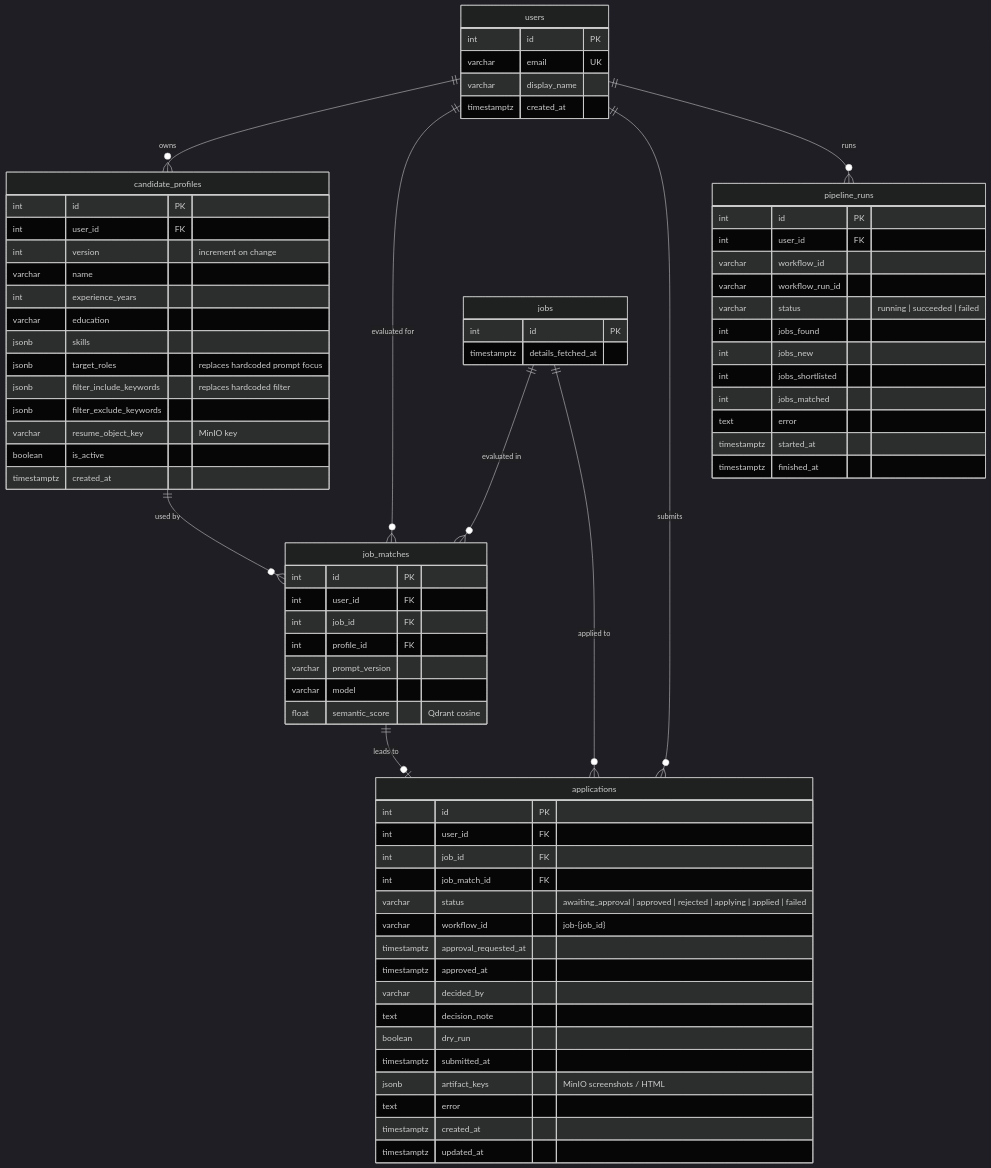
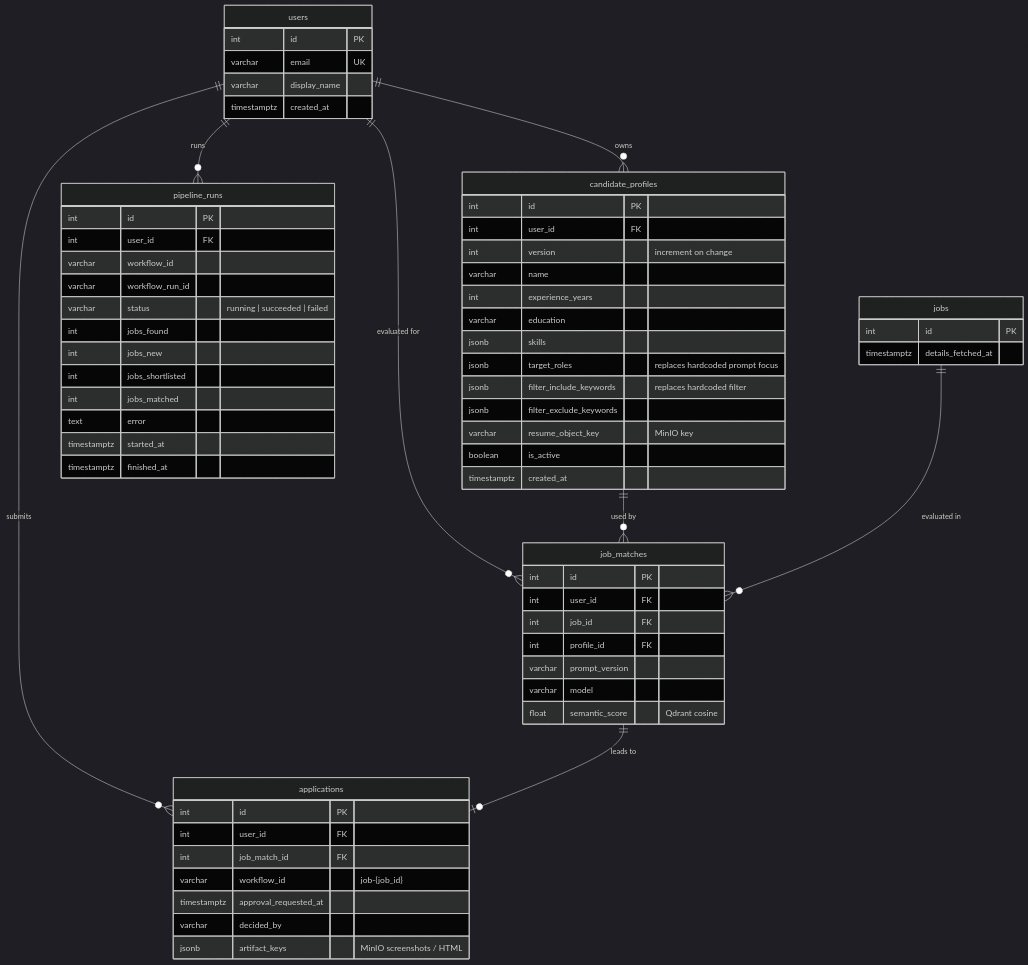
One commit to dhiraj849/Job_assistent changed the second of 2 diagrams in docs/04-data-model.md. Above: the diagram before and after it, drawn with Mermaid (dark theme). The commit also changed other lines of this file and 21 other files, not shown here.

````diff
--- a/docs/04-data-model.md
+++ b/docs/04-data-model.md
@@ -88,78 +131,68 @@
 ```mermaid
 erDiagram
     users ||--o{ candidate_profiles : owns
     users ||--o{ job_matches : "evaluated for"
     users ||--o{ applications : submits
     users ||--o{ pipeline_runs : runs
     candidate_profiles ||--o{ job_matches : "used by"
     jobs ||--o{ job_matches : "evaluated in"
-    jobs ||--o{ applications : "applied to"
     job_matches ||--o| applications : "leads to"
 
     users {
         int id PK
         varchar email UK
         varchar display_name
         timestamptz created_at
     }
     candidate_profiles {
         int id PK
         int user_id FK
         int version "increment on change"
         varchar name
         int experience_years
         varchar education
         jsonb skills
         jsonb target_roles "replaces hardcoded prompt focus"
         jsonb filter_include_keywords "replaces hardcoded filter"
         jsonb filter_exclude_keywords
         varchar resume_object_key "MinIO key"
         boolean is_active
         timestamptz created_at
     }
     jobs {
         int id PK
         timestamptz details_fetched_at
     }
     job_matches {
         int id PK
         int user_id FK
         int job_id FK
         int profile_id FK
         varchar prompt_version
         varchar model
         float semantic_score "Qdrant cosine"
     }
     applications {
         int id PK
         int user_id FK
-        int job_id FK
         int job_match_id FK
-        varchar status "awaiting_approval | approved | rejected | applying | applied | failed"
         varchar workflow_id "job-{job_id}"
         timestamptz approval_requested_at
-        timestamptz approved_at
         varchar decided_by
-        text decision_note
-        boolean dry_run
-        timestamptz submitted_at
         jsonb artifact_keys "MinIO screenshots / HTML"
-        text error
-        timestamptz created_at
-        timestamptz updated_at
     }
     pipeline_runs {
         int id PK
         int user_id FK
         varchar workflow_id
         varchar workflow_run_id
         varchar status "running | succeeded | failed"
         int jobs_found
         int jobs_new
         int jobs_shortlisted
         int jobs_matched
         text error
         timestamptz started_at
         timestamptz finished_at
     }
 ```
````
